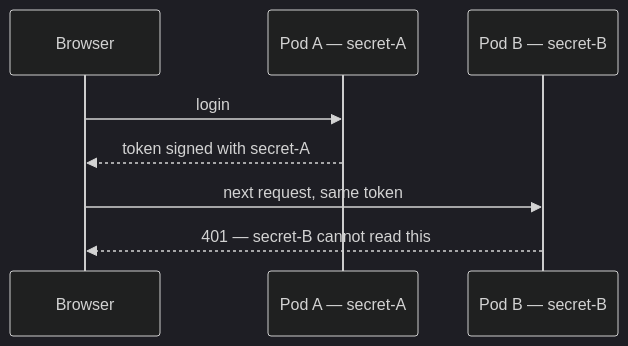
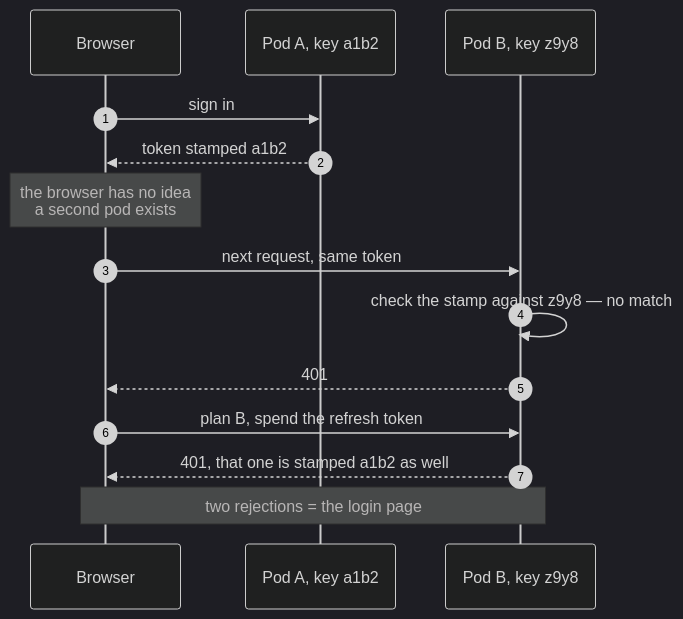
One commit to selvakumarperumal/Corporate_Filing_Analyzer_Agent changed the first of 17 diagrams in docs/TESTING-SCALING.md. Above: the diagram before and after it, drawn with Mermaid (dark theme). The commit also changed other lines of this file, not shown here.

Commit message:
docs: enrich scaling test breakdowns with detailed sequence flows, SQL examples, and negative test rigs

````diff
--- a/docs/TESTING-SCALING.md
+++ b/docs/TESTING-SCALING.md
@@ -181,10 +197,16 @@
 ```mermaid
 sequenceDiagram
+  autonumber
   participant U as Browser
-  participant A as Pod A — secret-A
-  participant B as Pod B — secret-B
-  U->>A: login
-  A-->>U: token signed with secret-A
+  participant A as Pod A, key a1b2
+  participant B as Pod B, key z9y8
+  U->>A: sign in
+  A-->>U: token stamped a1b2
+  Note over U: the browser has no idea<br/>a second pod exists
   U->>B: next request, same token
-  B-->>U: 401 — secret-B cannot read this
+  B->>B: check the stamp against z9y8 — no match
+  B-->>U: 401
+  U->>B: plan B, spend the refresh token
+  B-->>U: 401, that one is stamped a1b2 as well
+  Note over U,B: two rejections = the login page
 ```
````
